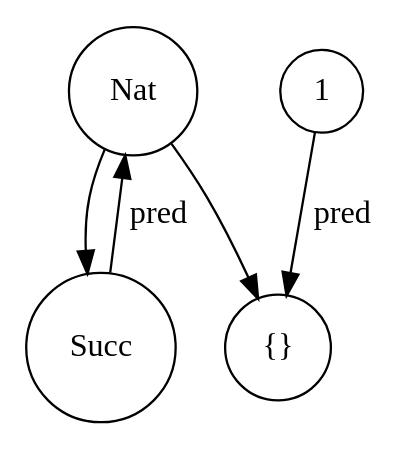
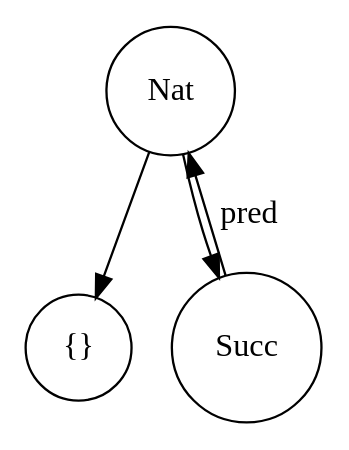
Before and after one commit to landerlo/stacc: the diagram in talk/img/nat.dot, drawn with Graphviz. The commit also changed 1 other file, not shown here.

```diff
--- a/talk/img/nat.dot
+++ b/talk/img/nat.dot
@@ -1,13 +1,12 @@
 digraph Nat {
 edge [splines=curved]
 
 node [shape=circle]
 
 Z [label="{}"]
 
 Nat -> Succ 
 Nat -> Z
 Succ -> Nat [label="pred"]
 
-1 -> Z [label="pred"]
 }
```
